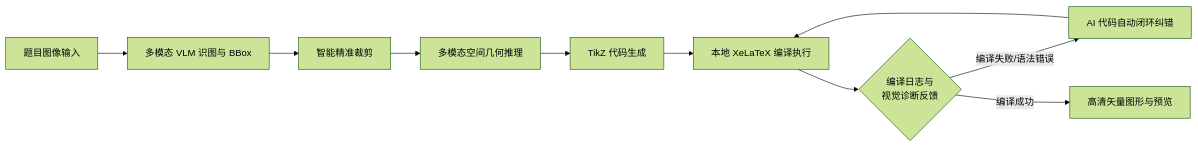
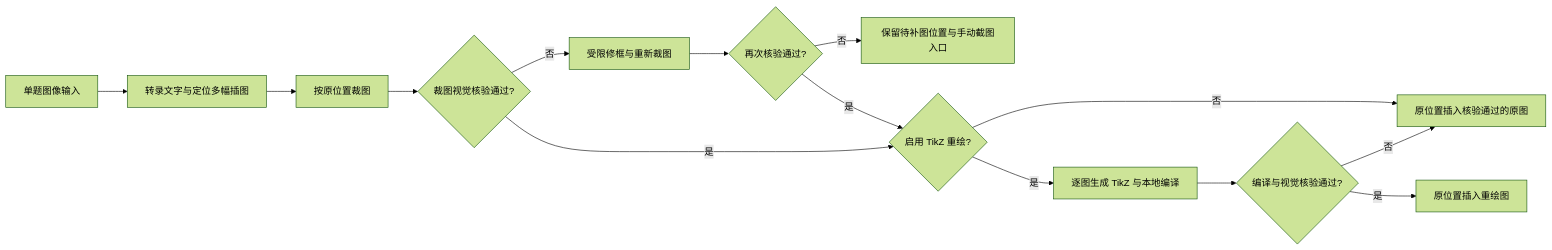
Before and after one commit to JudgePeach/math-question-bank: the second of 3 diagrams in README.md, drawn with Mermaid (forest theme). The commit also changed other lines of this file and 2 other files, not shown here.

````diff
--- a/README.md
+++ b/README.md
@@ -50,12 +50,16 @@
 ```mermaid
 flowchart LR
-    Img[题目图像输入] --> VLM[多模态 VLM 识图与 BBox]
-    VLM --> Crop[智能精准裁剪]
-    Crop --> Reason[多模态空间几何推理]
-    Reason --> TikZ[TikZ 代码生成]
-    TikZ --> Engine[本地 XeLaTeX 编译执行]
-    Engine --> Feedback{编译日志与<br/>视觉诊断反馈}
-    Feedback -->|"编译失败/语法错误"| Repair[AI 代码自动闭环纠错]
-    Repair --> Engine
-    Feedback -->|"编译成功"| Output[高清矢量图形与预览]
+    Img[单题图像输入] --> VLM[转录文字与定位多幅插图]
+    VLM --> Crop[按原位置裁图]
+    Crop --> Review{裁图视觉核验通过?}
+    Review -->|"否"| Repair[受限修框与重新裁图]
+    Repair --> Recheck{再次核验通过?}
+    Recheck -->|"否"| Manual[保留待补图位置与手动截图入口]
+    Review -->|"是"| Mode{启用 TikZ 重绘?}
+    Recheck -->|"是"| Mode
+    Mode -->|"否"| Source[原位置插入核验通过的原图]
+    Mode -->|"是"| TikZ[逐图生成 TikZ 与本地编译]
+    TikZ --> Check{编译与视觉核验通过?}
+    Check -->|"否"| Source
+    Check -->|"是"| Output[原位置插入重绘图]
 ```
````
